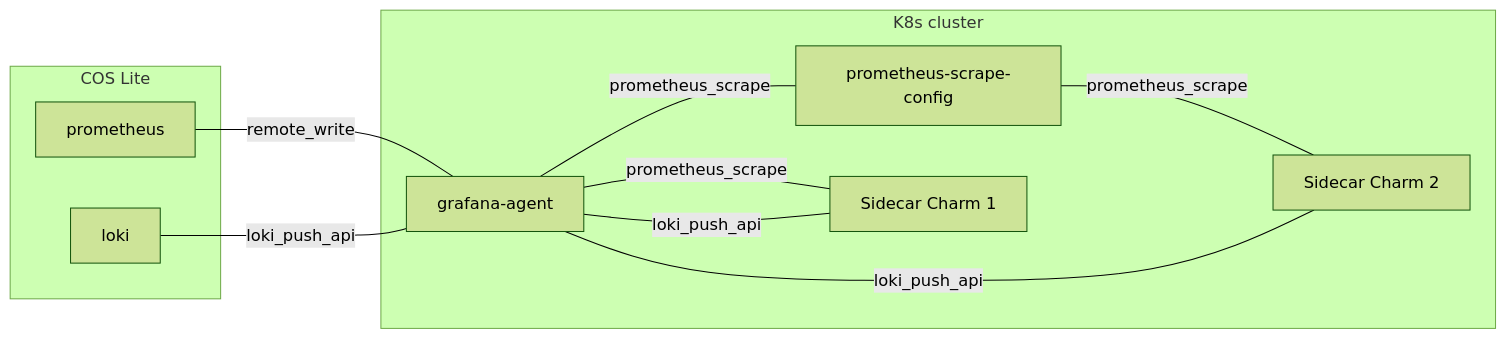
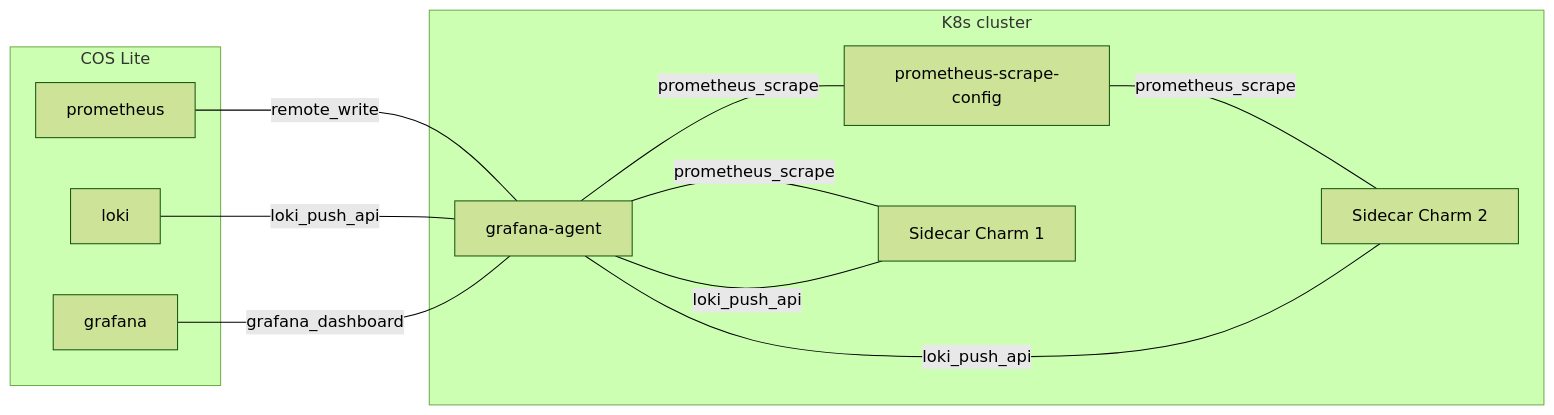
One commit to canonical/grafana-agent-k8s-operator changed the diagram in INTEGRATING.md. Above: the diagram before and after it, drawn with Mermaid (forest theme). The commit also changed other lines of this file and 6 other files, not shown here.

````diff
--- a/INTEGRATING.md
+++ b/INTEGRATING.md
@@ -25,22 +284,24 @@
 ```mermaid
 flowchart LR
     subgraph COS Lite
         prometheus
         loki
+        grafana
     end
     subgraph K8s cluster
         prometheus               ---      |remote_write| grafana-agent
         loki                     ---     |loki_push_api| grafana-agent
+        grafana                  --- |grafana_dashboard| grafana-agent
         grafana-agent            --- |prometheus_scrape| prometheus-scrape-config
 
         grafana-agent            --- |prometheus_scrape| C1[Sidecar Charm 1]
         C1                       ---     |loki_push_api| grafana-agent
 
         prometheus-scrape-config --- |prometheus_scrape| C2[Sidecar Charm 2]
         C2                       ---     |loki_push_api| grafana-agent
     end
 
     click prometheus https://github.com/canonical/prometheus-k8s-operator/
     click loki https://github.com/canonical/loki-k8s-operator/
     click prometheus-scrape-config https://github.com/canonical/prometheus-scrape-config-k8s-operator/
 ```
````
